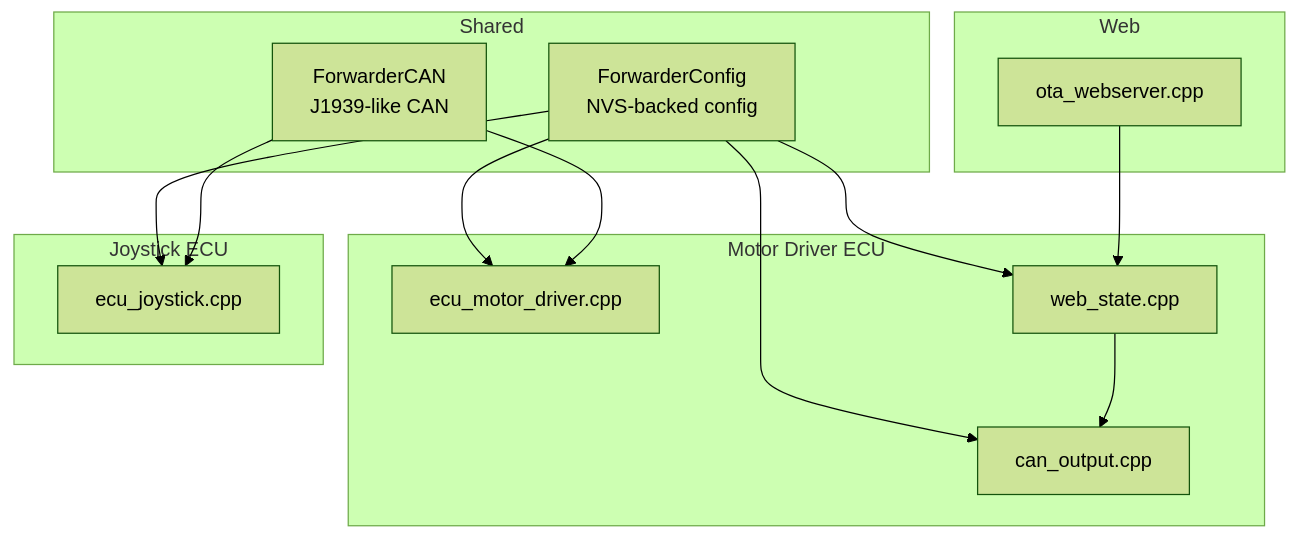
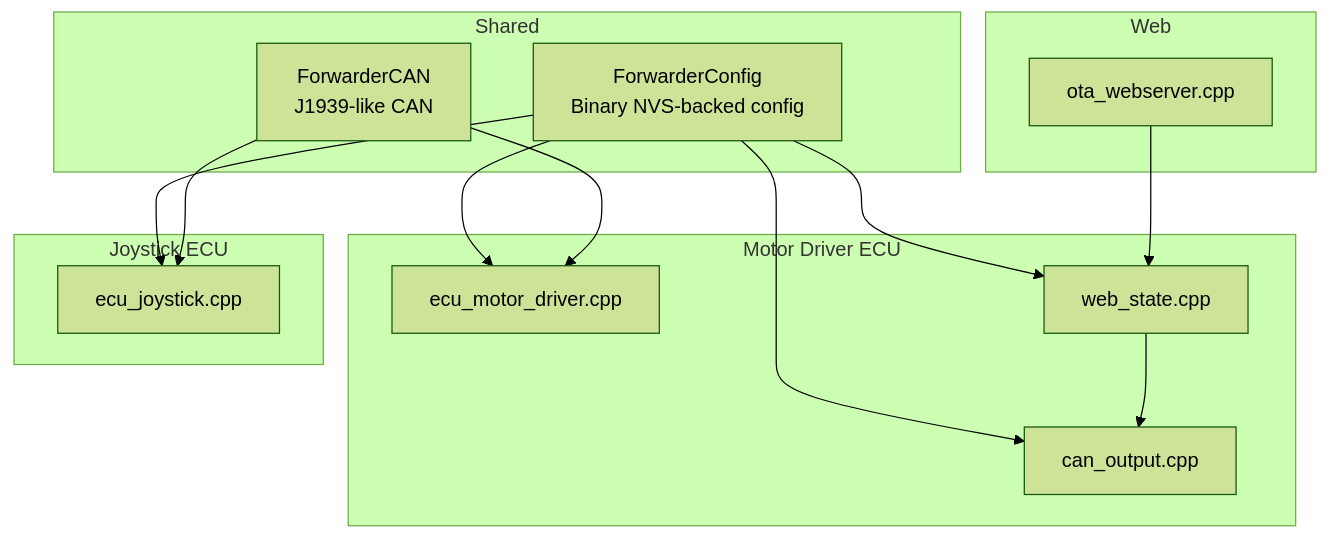
Before and after one commit to gunicsba/ESP_CAN_ECU_joystick_collection: the first of 5 diagrams in .qoder/repowiki/en/content/Configuration Management/Configuration Management.md, drawn with Mermaid (forest theme). The commit also changed other lines of this file and 13 other files, not shown here.

````diff
--- a/.qoder/repowiki/en/content/Configuration Management/Configuration Management.md
+++ b/.qoder/repowiki/en/content/Configuration Management/Configuration Management.md
@@ -42,26 +50,26 @@
 ```mermaid
 graph TB
 subgraph "Shared"
-CFG["ForwarderConfig<br/>NVS-backed config"]
+CFG["ForwarderConfig<br/>Binary NVS-backed config"]
 CANLIB["ForwarderCAN<br/>J1939-like CAN"]
 end
 subgraph "Motor Driver ECU"
 MD["ecu_motor_driver.cpp"]
 CO["can_output.cpp"]
 WS["web_state.cpp"]
 end
 subgraph "Joystick ECU"
 JS["ecu_joystick.cpp"]
 end
 subgraph "Web"
 OTA["ota_webserver.cpp"]
 end
 CFG --> MD
 CFG --> JS
 CFG --> CO
 CFG --> WS
 CANLIB --> MD
 CANLIB --> JS
 OTA --> WS
 WS --> CO
 ```
````
